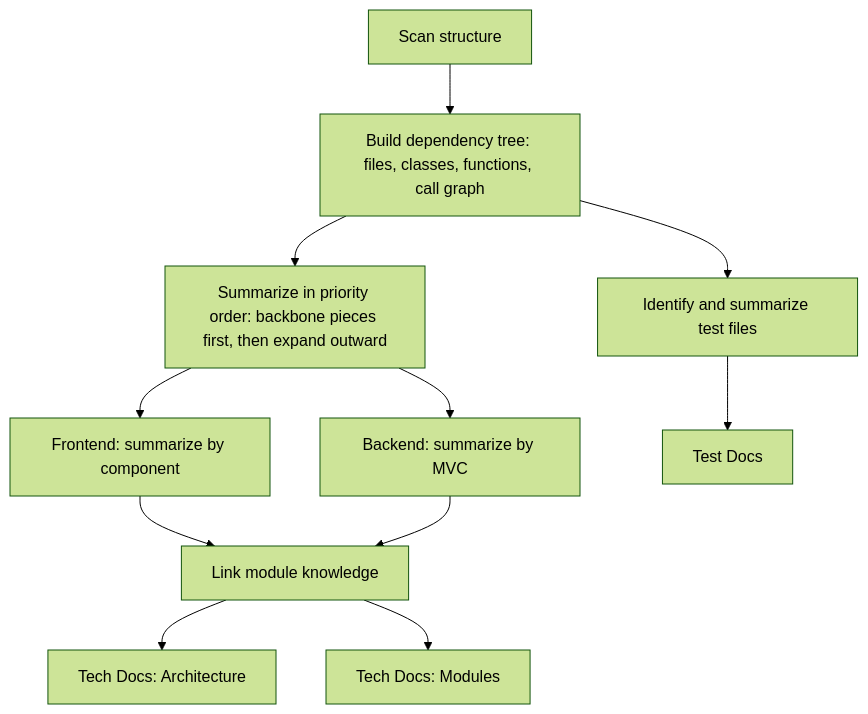
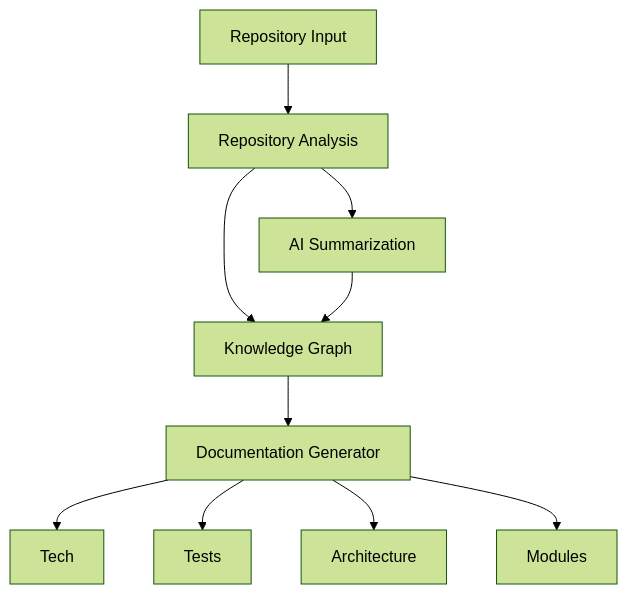
One commit to DarkKing335/Wiki-Generation changed the first of 2 diagrams in docs/architecture.md. Above: the diagram before and after it, drawn with Mermaid (forest theme). The commit also changed other lines of this file and 9 other files, not shown here.

````diff
--- a/docs/architecture.md
+++ b/docs/architecture.md
@@ -50,13 +49,12 @@
 ```mermaid
 graph TD
-    A[Scan structure] --> B[Build dependency tree: files, classes, functions, call graph]
-    B --> C[Summarize in priority order: backbone pieces first, then expand outward]
-    C --> D1[Frontend: summarize by component]
-    C --> D2[Backend: summarize by MVC]
-    D1 --> E[Link module knowledge]
-    D2 --> E
-    E --> F1[Tech Docs: Architecture]
-    E --> F2[Tech Docs: Modules]
-    B --> G[Identify and summarize test files]
-    G --> F3[Test Docs]
+    A[Repository Input] --> B[Repository Analysis]
+    B --> C[AI Summarization]
+    B --> D[Knowledge Graph]
+    C --> D
+    D --> E[Documentation Generator]
+    E --> F[Tech]
+    E --> G[Tests]
+    E --> H[Architecture]
+    E --> I[Modules]
 ```
````
